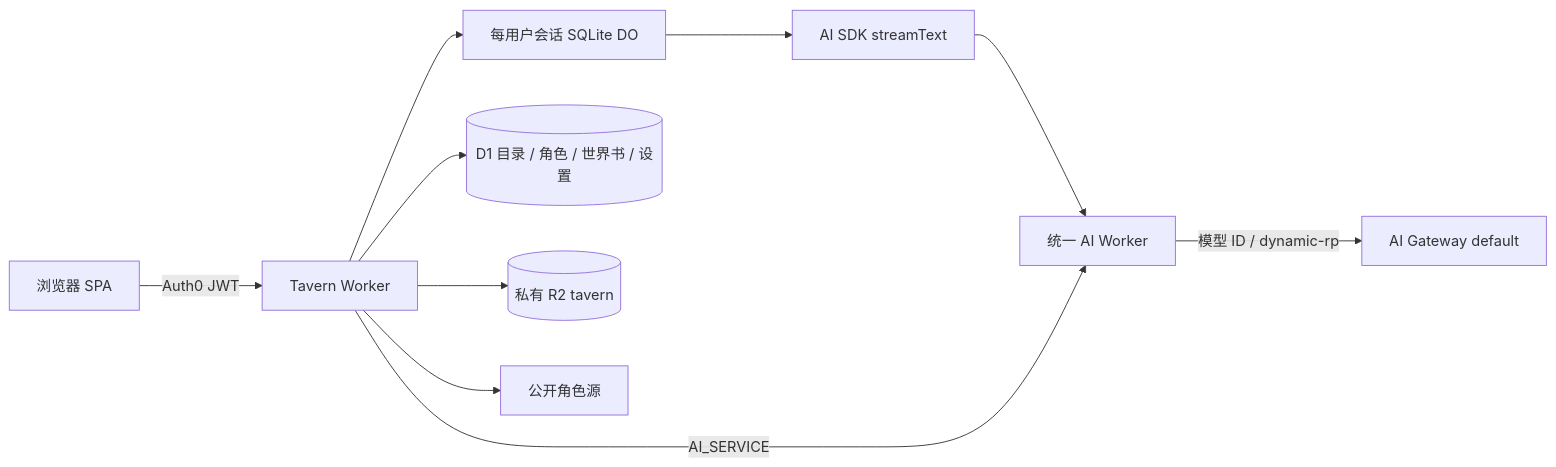
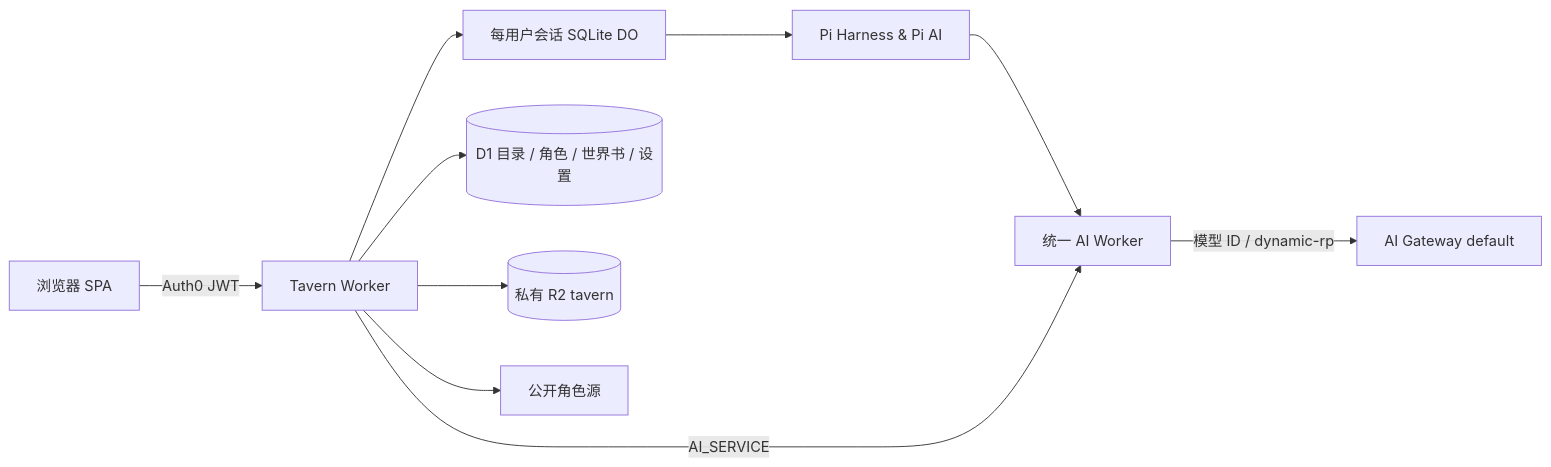
One commit to hasbai/hasbai changed the diagram in docs/tavern/ARCHITECTURE.md. Above: the diagram before and after it, drawn with Mermaid. The commit also changed 30 other files, not shown here.

````diff
--- a/docs/tavern/ARCHITECTURE.md
+++ b/docs/tavern/ARCHITECTURE.md
@@ -24,12 +24,12 @@
 ```mermaid
 flowchart LR
   Browser[浏览器 SPA] -->|Auth0 JWT| Worker[Tavern Worker]
   Worker --> DO[每用户会话 SQLite DO]
-  DO --> SDK[AI SDK streamText]
-  SDK --> AI[统一 AI Worker]
+  DO --> PI[Pi Harness & Pi AI]
+  PI --> AI[统一 AI Worker]
   Worker --> DB[(D1 目录 / 角色 / 世界书 / 设置)]
   Worker --> Files[(私有 R2 tavern)]
   Worker --> Sources[公开角色源]
   Worker -->|AI_SERVICE| AI
   AI -->|模型 ID / dynamic-rp| Gateway[AI Gateway default]
 ```
````
